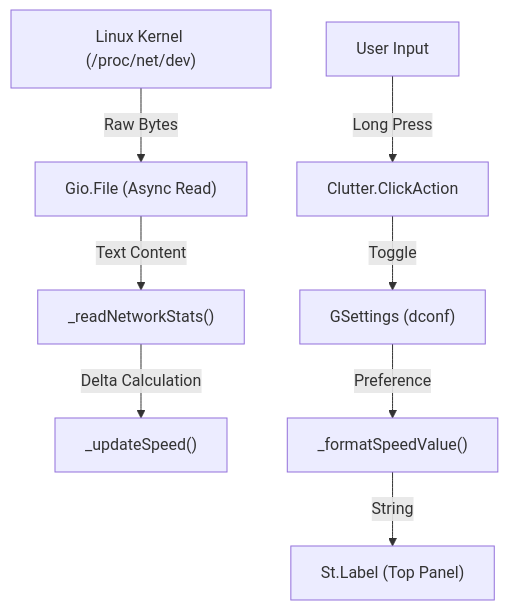
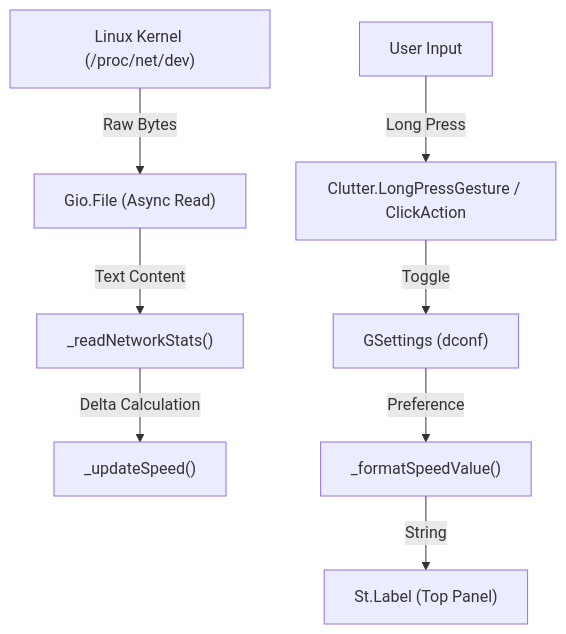
The diagram in docs/TECHNICAL_DOCUMENTATION.md (ajxv/netspeed-monitor), drawn with Mermaid before and after one commit. The commit also changed other lines of this file and 2 other files, not shown here.

Commit message:
fix: support GNOME 50 long-press gestures

````diff
--- a/docs/TECHNICAL_DOCUMENTATION.md
+++ b/docs/TECHNICAL_DOCUMENTATION.md
@@ -16,10 +16,10 @@
 ```mermaid
 graph TD
     Kernel["Linux Kernel (/proc/net/dev)"] -->|Raw Bytes| FileOp["Gio.File (Async Read)"]
     FileOp -->|Text Content| Parser["_readNetworkStats()"]
     Parser -->|Delta Calculation| Calculator["_updateSpeed()"]
     Settings["GSettings (dconf)"] -->|Preference| Formatter["_formatSpeedValue()"]
     Formatter -->|String| UI["St.Label (Top Panel)"]
-    User["User Input"] -->|Long Press| Action["Clutter.ClickAction"]
+    User["User Input"] -->|Long Press| Action["Clutter.LongPressGesture / ClickAction"]
     Action -->|Toggle| Settings
 ```
````
